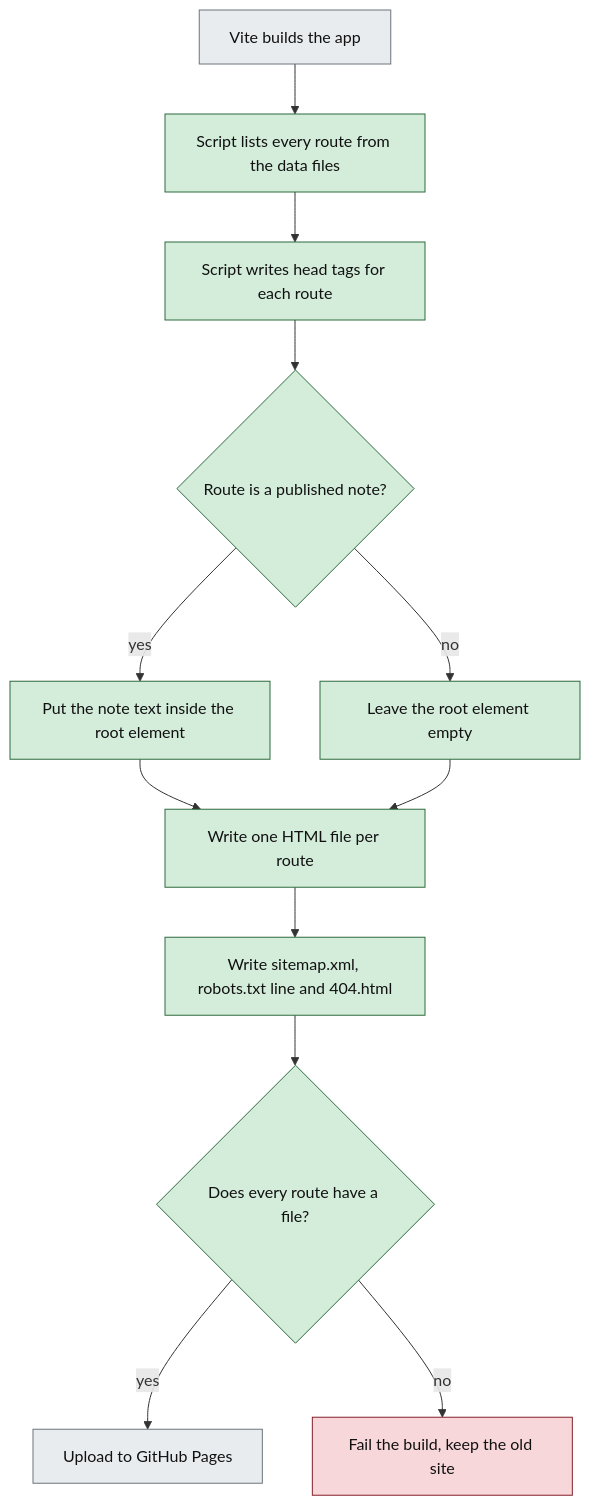
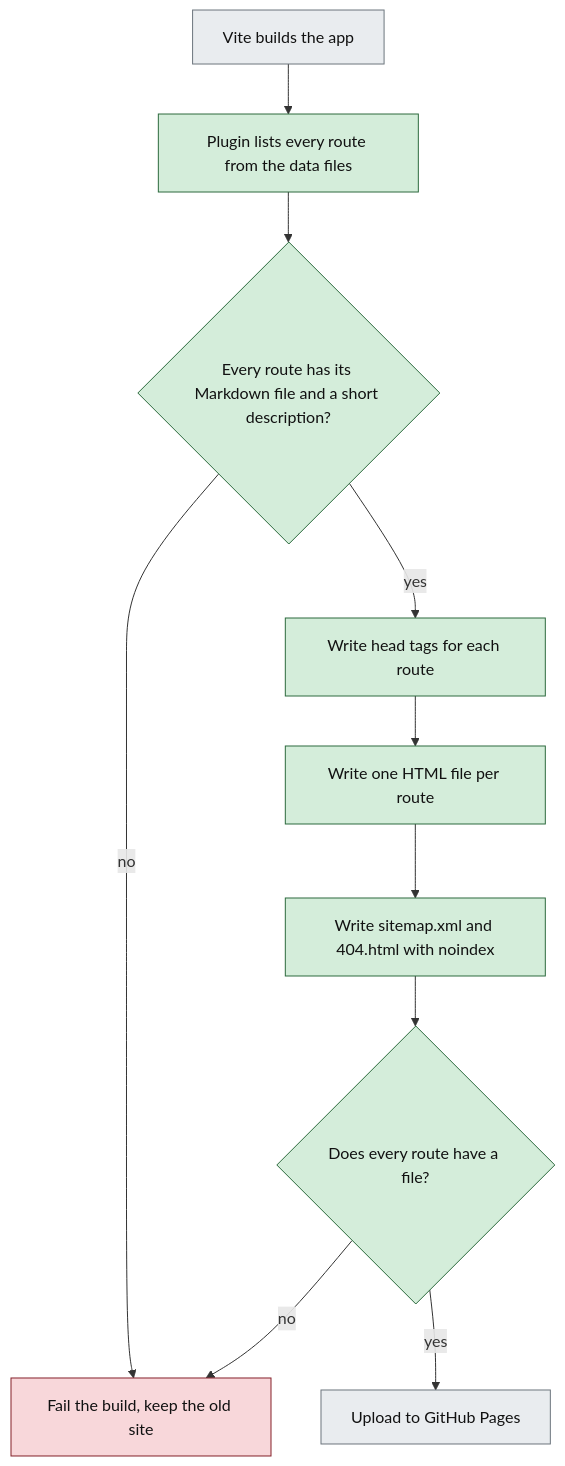
The sixth of 6 diagrams in architecture.md (Sakethv7/sakethai-portfoliogen), drawn with Mermaid before and after one commit. The commit also changed other lines of this file and 4 other files, not shown here.

````diff
--- a/architecture.md
+++ b/architecture.md
@@ -849,20 +849,18 @@
 ```mermaid
 flowchart TD
-    A[Vite builds the app] --> B[Script lists every route from the data files]
-    B --> C[Script writes head tags for each route]
-    C --> D{Route is a published note?}
-    D -- yes --> E[Put the note text inside the root element]
-    D -- no --> F[Leave the root element empty]
-    E --> G[Write one HTML file per route]
-    F --> G
-    G --> H[Write sitemap.xml, robots.txt line and 404.html]
-    H --> I{Does every route have a file?}
-    I -- yes --> J[Upload to GitHub Pages]
-    I -- no --> K[Fail the build, keep the old site]
+    A[Vite builds the app] --> B[Plugin lists every route from the data files]
+    B --> C{Every route has its Markdown file and a short description?}
+    C -- no --> K[Fail the build, keep the old site]
+    C -- yes --> D[Write head tags for each route]
+    D --> E[Write one HTML file per route]
+    E --> F[Write sitemap.xml and 404.html with noindex]
+    F --> G{Does every route have a file?}
+    G -- no --> K
+    G -- yes --> J[Upload to GitHub Pages]
     classDef new fill:#d4edda,stroke:#2d6a3e,color:#111
     classDef old fill:#e9ecef,stroke:#6c757d,color:#111
     classDef fail fill:#f8d7da,stroke:#842029,color:#111
-    class B,C,D,E,F,G,H,I new
+    class B,C,D,E,F,G new
     class A,J old
     class K fail
 ```
````
